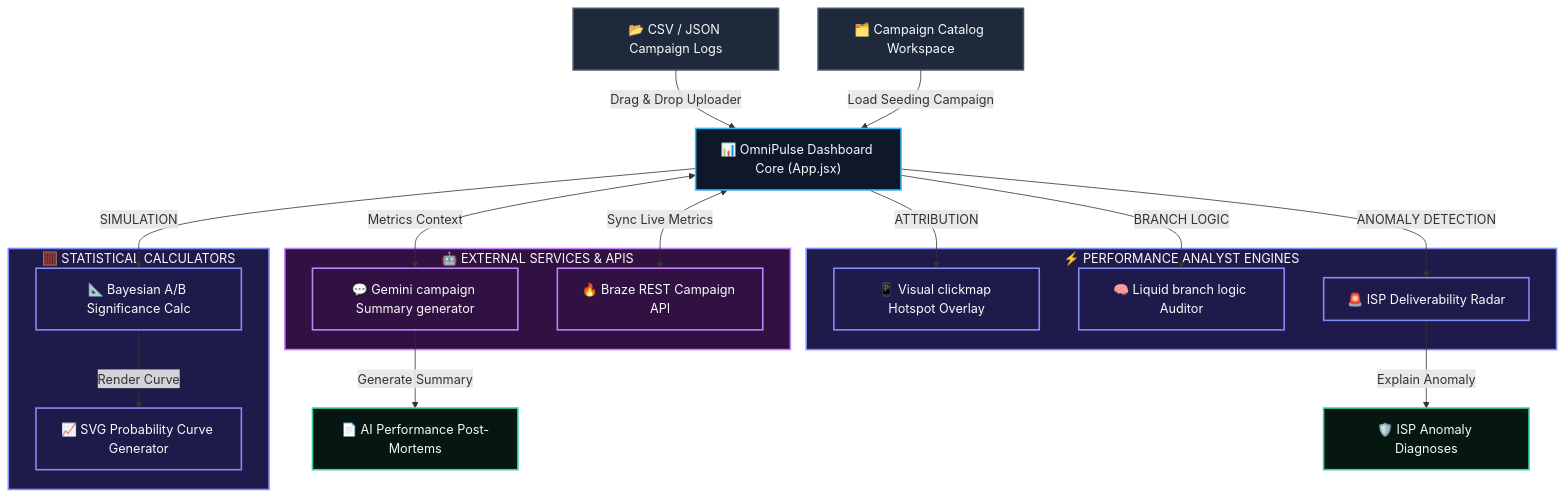
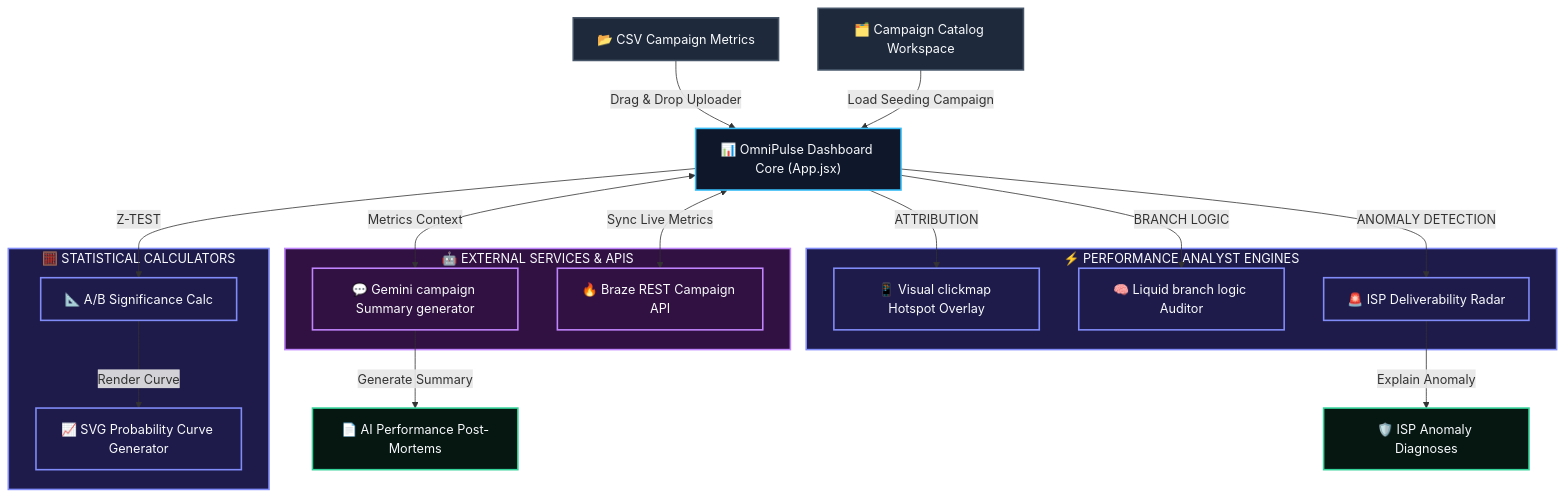
One commit to mzubtsova/OmniPulse changed the diagram in README.md. Above: the diagram before and after it, drawn with Mermaid. The commit also changed other lines of this file and 20 other files, not shown here.

````diff
--- a/README.md
+++ b/README.md
@@ -12,54 +14,54 @@
 ```mermaid
 flowchart TD
     %% Styling Definitions
     classDef source fill:#1e293b,stroke:#475569,stroke-width:2px,color:#f8fafc;
     classDef core fill:#0f172a,stroke:#38bdf8,stroke-width:2px,color:#f8fafc;
     classDef engine fill:#1e1b4b,stroke:#818cf8,stroke-width:2px,color:#f8fafc;
     classDef api fill:#311042,stroke:#c084fc,stroke-width:2px,color:#f8fafc;
     classDef output fill:#061712,stroke:#34d399,stroke-width:2px,color:#f8fafc;
 
     %% Nodes
-    Logs["📂 CSV / JSON Campaign Logs"]:::source
+    Logs["📂 CSV Campaign Metrics"]:::source
     Catalog["🗂️ Campaign Catalog Workspace"]:::source
     
     App["📊 OmniPulse Dashboard Core (App.jsx)"]:::core
     
     subgraph AnalyticsEngines ["⚡ PERFORMANCE ANALYST ENGINES"]
         Clickmap["📱 Visual clickmap Hotspot Overlay"]
         LiquidBranch["🧠 Liquid branch logic Auditor"]
         Radar["🚨 ISP Deliverability Radar"]
     end
     class AnalyticsEngines,Clickmap,LiquidBranch,Radar engine;
     
     subgraph StatsCalculators ["🧮 STATISTICAL CALCULATORS"]
-        Bayesian["📐 Bayesian A/B Significance Calc"]
+        Significance["📐 A/B Significance Calc"]
         CurveGenerator["📈 SVG Probability Curve Generator"]
     end
-    class StatsCalculators,Bayesian,CurveGenerator engine;
+    class StatsCalculators,Significance,CurveGenerator engine;
 
     subgraph ExternalServices ["🤖 EXTERNAL SERVICES & APIS"]
         Gemini["💬 Gemini campaign Summary generator"]
         Braze["🔥 Braze REST Campaign API"]
     end
     class ExternalServices,Gemini,Braze api;
 
     ExecutiveReport["📄 AI Performance Post-Mortems"]:::output
     AnomalyReport["🛡️ ISP Anomaly Diagnoses"]:::output
     
     %% Flows
     Logs -->|Drag & Drop Uploader| App
     Catalog -->|Load Seeding Campaign| App
     
     App -->|ATTRIBUTION| Clickmap
     App -->|BRANCH LOGIC| LiquidBranch
     App -->|ANOMALY DETECTION| Radar
     
-    App -->|SIMULATION| Bayesian
-    Bayesian -->|Render Curve| CurveGenerator
+    App -->|Z-TEST| Significance
+    Significance -->|Render Curve| CurveGenerator
     
     App <-->|Metrics Context| Gemini
     Gemini -->|Generate Summary| ExecutiveReport
     Radar -->|Explain Anomaly| AnomalyReport
     
     App <-->|Sync Live Metrics| Braze
 ```
````
